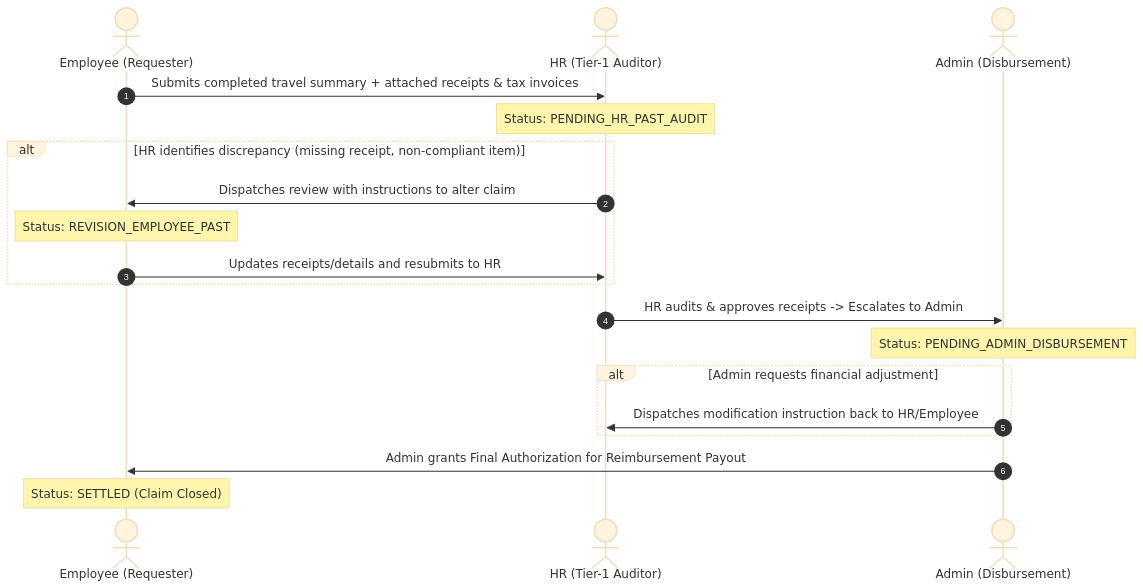
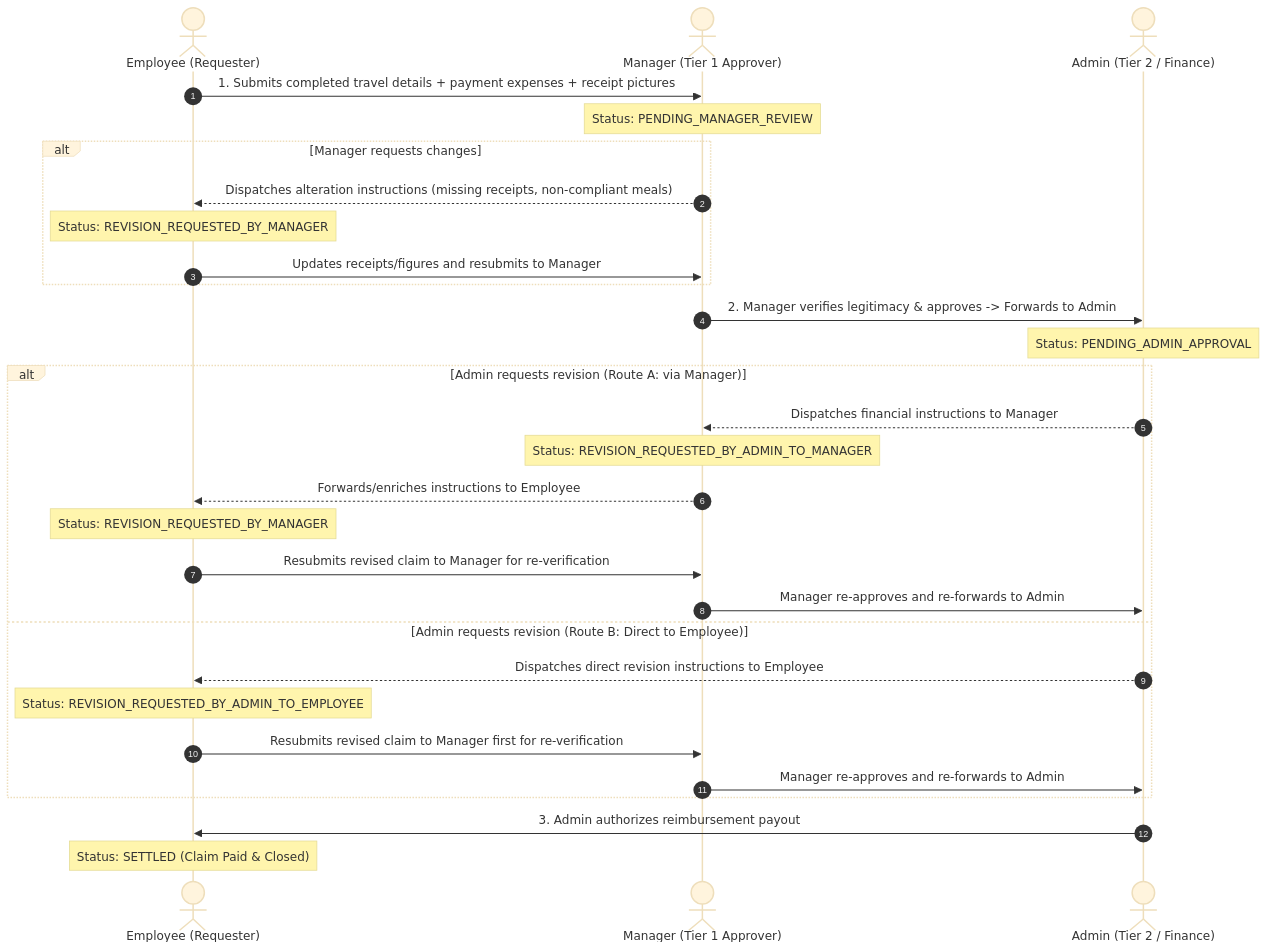
One commit to Sudalaimani777/Dashboard changed the second of 3 diagrams in docs/superpowers/specs/2026-11-06-tripflow-travel-request-system-design.md. Above: the diagram before and after it, drawn with Mermaid (base theme). The commit also changed other lines of this file and 1 other file, not shown here.

First line of the commit message:
feat(travel): update spec and mockup to Manager workflow and INR currency

````diff
--- a/docs/superpowers/specs/2026-11-06-tripflow-travel-request-system-design.md
+++ b/docs/superpowers/specs/2026-11-06-tripflow-travel-request-system-design.md
@@ -85,26 +89,36 @@
 ```mermaid
 sequenceDiagram
     autonumber
     actor Emp as Employee (Requester)
-    actor HR as HR (Tier-1 Auditor)
-    actor Adm as Admin (Disbursement)
+    actor Mgr as Manager (Tier 1 Approver)
+    actor Adm as Admin (Tier 2 / Finance)
 
-    Emp->>HR: Submits completed travel summary + attached receipts & tax invoices
-    Note over HR: Status: PENDING_HR_PAST_AUDIT
+    Emp->>Mgr: 1. Submits completed travel details + payment expenses + receipt pictures
+    Note over Mgr: Status: PENDING_MANAGER_REVIEW
 
-    alt HR identifies discrepancy (missing receipt, non-compliant item)
-        HR->>Emp: Dispatches review with instructions to alter claim
-        Note over Emp: Status: REVISION_EMPLOYEE_PAST
-        Emp->>HR: Updates receipts/details and resubmits to HR
+    alt Manager requests changes
+        Mgr-->>Emp: Dispatches alteration instructions (missing receipts, non-compliant meals)
+        Note over Emp: Status: REVISION_REQUESTED_BY_MANAGER
+        Emp->>Mgr: Updates receipts/figures and resubmits to Manager
     end
 
-    HR->>Adm: HR audits & approves receipts -> Escalates to Admin
-    Note over Adm: Status: PENDING_ADMIN_DISBURSEMENT
+    Mgr->>Adm: 2. Manager verifies legitimacy & approves -> Forwards to Admin
+    Note over Adm: Status: PENDING_ADMIN_APPROVAL
 
-    alt Admin requests financial adjustment
-        Adm->>HR: Dispatches modification instruction back to HR/Employee
+    alt Admin requests revision (Route A: via Manager)
+        Adm-->>Mgr: Dispatches financial instructions to Manager
+        Note over Mgr: Status: REVISION_REQUESTED_BY_ADMIN_TO_MANAGER
+        Mgr-->>Emp: Forwards/enriches instructions to Employee
+        Note over Emp: Status: REVISION_REQUESTED_BY_MANAGER
+        Emp->>Mgr: Resubmits revised claim to Manager for re-verification
+        Mgr->>Adm: Manager re-approves and re-forwards to Admin
+    else Admin requests revision (Route B: Direct to Employee)
+        Adm-->>Emp: Dispatches direct revision instructions to Employee
+        Note over Emp: Status: REVISION_REQUESTED_BY_ADMIN_TO_EMPLOYEE
+        Emp->>Mgr: Resubmits revised claim to Manager first for re-verification
+        Mgr->>Adm: Manager re-approves and re-forwards to Admin
     end
 
-    Adm->>Emp: Admin grants Final Authorization for Reimbursement Payout
-    Note over Emp: Status: SETTLED (Claim Closed)
+    Adm->>Emp: 3. Admin authorizes reimbursement payout
+    Note over Emp: Status: SETTLED (Claim Paid & Closed)
 ```
````
